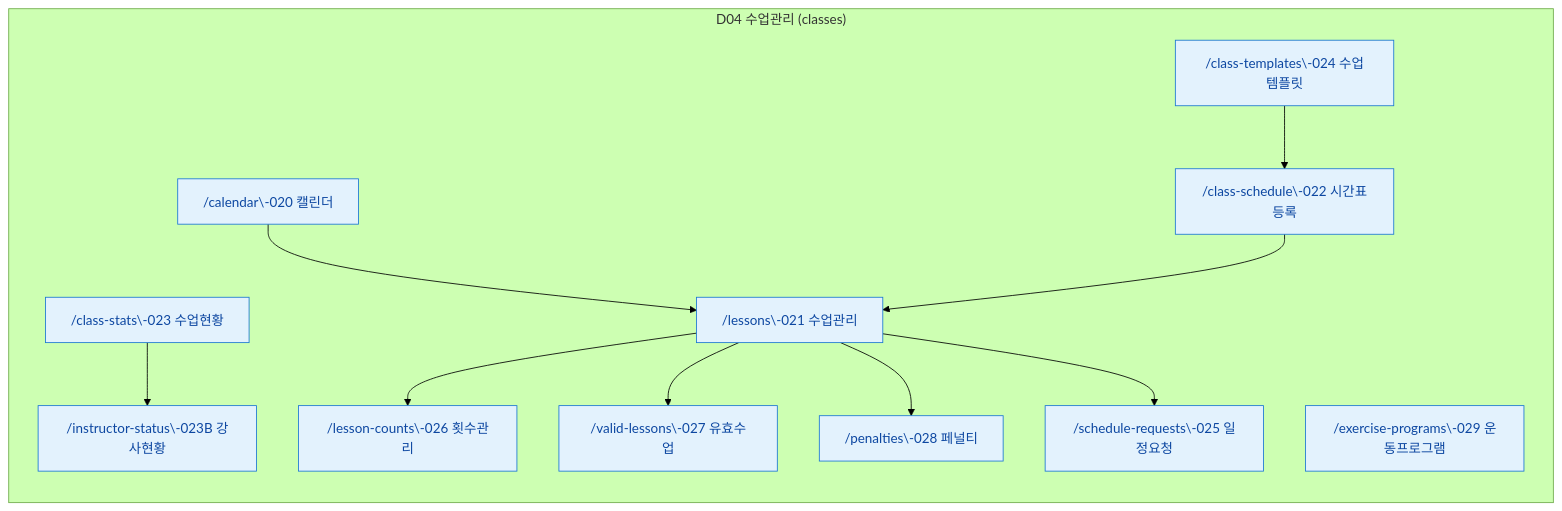
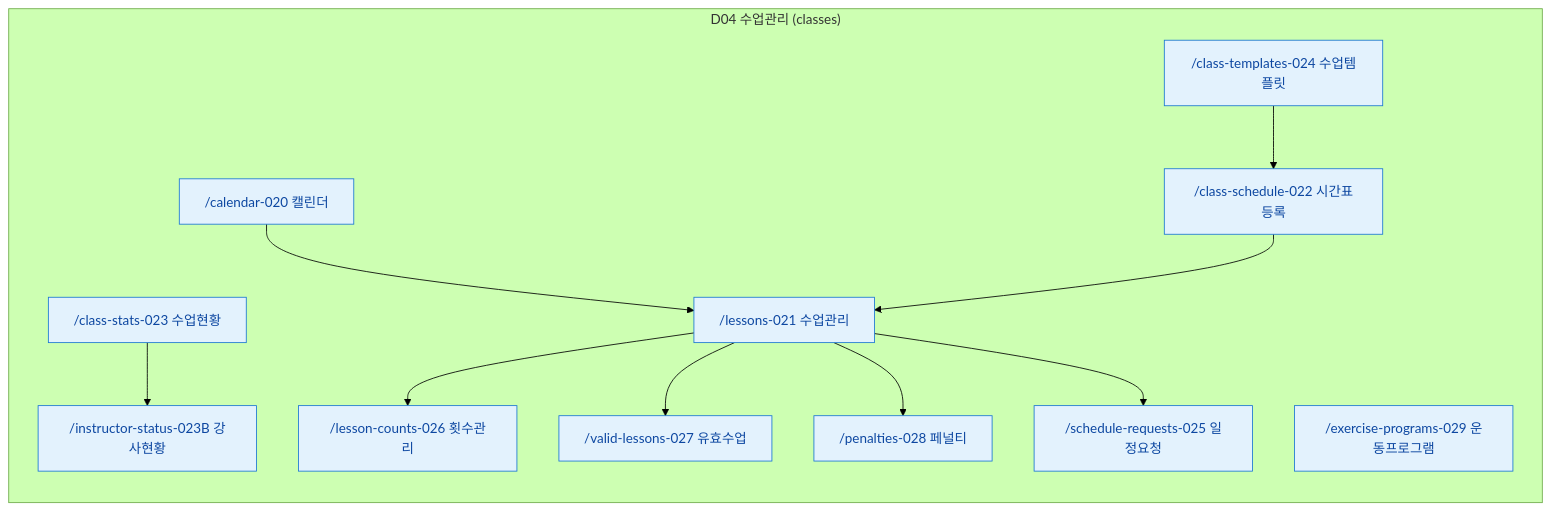
Before and after one commit to dev-spogym/admin-pando: the fourth of 11 diagrams in docs/admin/다이어그램/00_사이트맵/N2_도메인별_사이트맵.md, drawn with Mermaid (forest theme). The commit also changed other lines of this file and 369 other files, not shown here.

````diff
--- a/docs/admin/다이어그램/00_사이트맵/N2_도메인별_사이트맵.md
+++ b/docs/admin/다이어그램/00_사이트맵/N2_도메인별_사이트맵.md
@@ -87,28 +87,28 @@
 ```mermaid
 flowchart LR
     subgraph D04["D04 수업관리 (classes)"]
-        SCR020["/calendar\-020 캘린더"]
-        SCR021["/lessons\-021 수업관리"]
-        SCR022["/class-schedule\-022 시간표등록"]
-        SCR023["/class-stats\-023 수업현황"]
-        SCR023B["/instructor-status\-023B 강사현황"]
-        SCR024["/class-templates\-024 수업템플릿"]
-        SCR025["/schedule-requests\-025 일정요청"]
-        SCR026["/lesson-counts\-026 횟수관리"]
-        SCR027["/valid-lessons\-027 유효수업"]
-        SCR028["/penalties\-028 페널티"]
-        SCR029["/exercise-programs\-029 운동프로그램"]
+        SCR020["/calendar-020 캘린더"]
+        SCR021["/lessons-021 수업관리"]
+        SCR022["/class-schedule-022 시간표등록"]
+        SCR023["/class-stats-023 수업현황"]
+        SCR023B["/instructor-status-023B 강사현황"]
+        SCR024["/class-templates-024 수업템플릿"]
+        SCR025["/schedule-requests-025 일정요청"]
+        SCR026["/lesson-counts-026 횟수관리"]
+        SCR027["/valid-lessons-027 유효수업"]
+        SCR028["/penalties-028 페널티"]
+        SCR029["/exercise-programs-029 운동프로그램"]
     end
 
     SCR020 --> SCR021
     SCR022 --> SCR021
     SCR024 --> SCR022
     SCR023 --> SCR023B
     SCR021 --> SCR026
     SCR021 --> SCR027
     SCR021 --> SCR028
     SCR021 --> SCR025
 
     classDef screen fill:#E3F2FD,stroke:#1976D2,color:#0D47A1
     class SCR020,SCR021,SCR022,SCR023,SCR023B,SCR024,SCR025,SCR026,SCR027,SCR028,SCR029 screen
 ```
````
